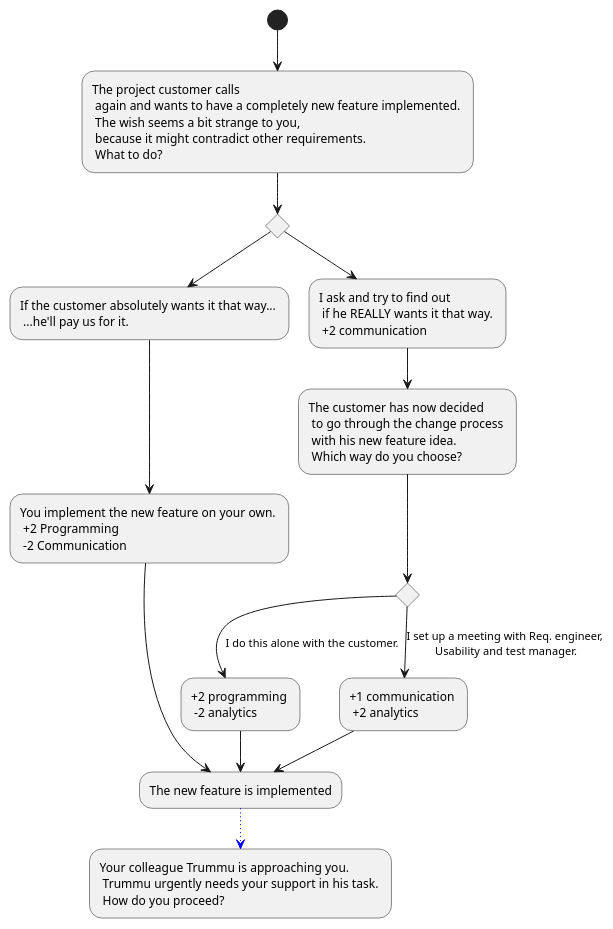
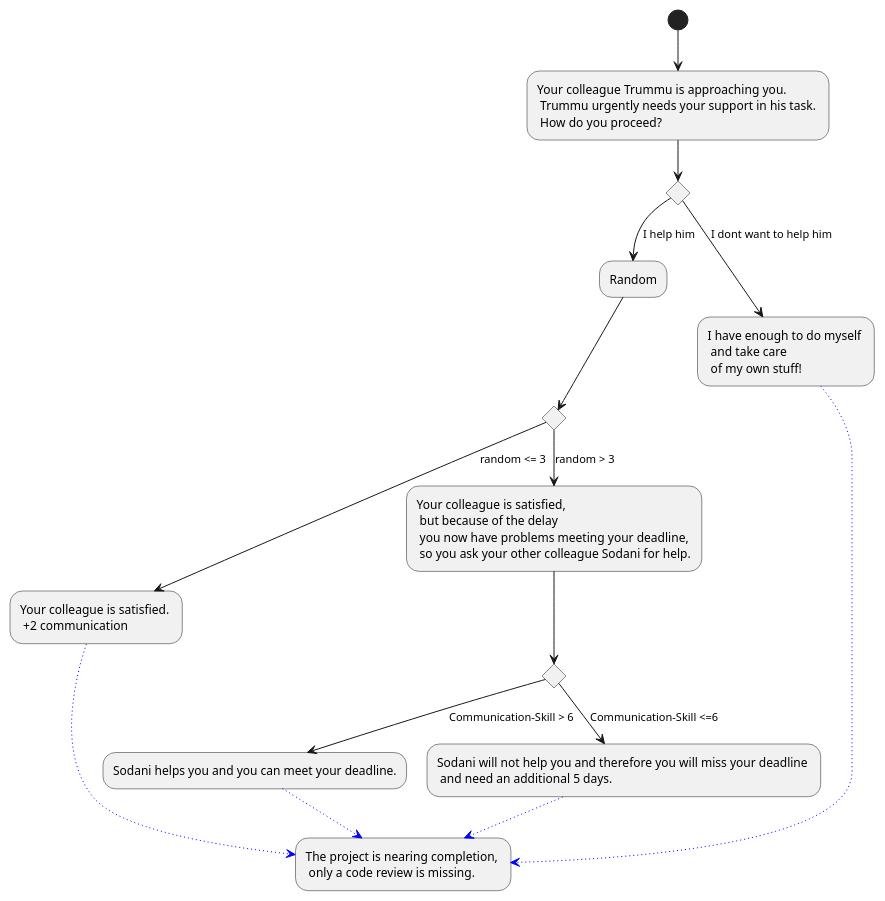
The diagram in Docs/Technical Specifications/docs/diagrams/StoryFlow/StoryFlow_Decision_13.puml (Brotenko/QualityQuest), drawn with PlantUML before and after one commit. The commit also changed 28 other files, not shown here.

```diff
--- a/Docs/Technical Specifications/docs/diagrams/StoryFlow/StoryFlow_Decision_13.puml
+++ b/Docs/Technical Specifications/docs/diagrams/StoryFlow/StoryFlow_Decision_13.puml
@@ -1,22 +1,22 @@
 @startuml
-(*) --> "The project customer calls \n again and wants to have a completely new feature implemented. \n The wish seems a bit strange to you, \n because it might contradict other requirements.\n What to do?" as f 
-'if "" then 
-'--> [Du arbeitest einfach drauf los.] "f"
-if " " then
---> "If the customer absolutely wants it that way... \n ...he'll pay us for it."
---> "You implement the new feature on your own. \n +2 Programming \n -2 Communication" as c
+(*) --> "Your colleague Trummu is approaching you.\n Trummu urgently needs your support in his task. \n How do you proceed?"
+if "" then 
+--> [I help him] "Random"
+if "" then
+--> [random <= 3] "Your colleague is satisfied. \n +2 communication" as a
 else
---> "I ask and try to find out \n if he REALLY wants it that way. \n +2 communication"
+--> [random > 3] "Your colleague is satisfied, \n but because of the delay \n you now have problems meeting your deadline, \n so you ask your other colleague Sodani for help." as b
+if "" then 
+--> [Communication-Skill > 6] "Sodani helps you and you can meet your deadline." as c
+else
+--> [Communication-Skill <=6] "Sodani will not help you and therefore you will miss your deadline \n and need an additional 5 days."
+-[#blue,dotted]-> "The project is nearing completion, \n only a code review is missing." as ende
 endif
-'Vorbedingung: Nur wenn zuvor gewählt wurde, mit dem Kunden nochmal darüber zu reden!
---> "The customer has now decided \n to go through the change process \n with his new feature idea. \n Which way do you choose?"
-if " " then
---> [I do this alone with the customer.] "+2 programming \n -2 analytics" as a
+endif
 else
---> [I set up a meeting with Req. engineer, \nUsability and test manager.] "+1 communication \n +2 analytics" as b
---> "The new feature is implemented" as fertig
+--> [I dont want to help him] "I have enough to do myself \n and take care \n of my own stuff!" as assi
 endif
-a --> fertig
-c --> fertig
--[#blue,dotted]-> "Your colleague Trummu is approaching you.\n Trummu urgently needs your support in his task. \n How do you proceed?"
+a -[#blue,dotted]-> ende
+c -[#blue,dotted]-> ende
+assi -[#blue,dotted]-> ende
 @enduml
```
